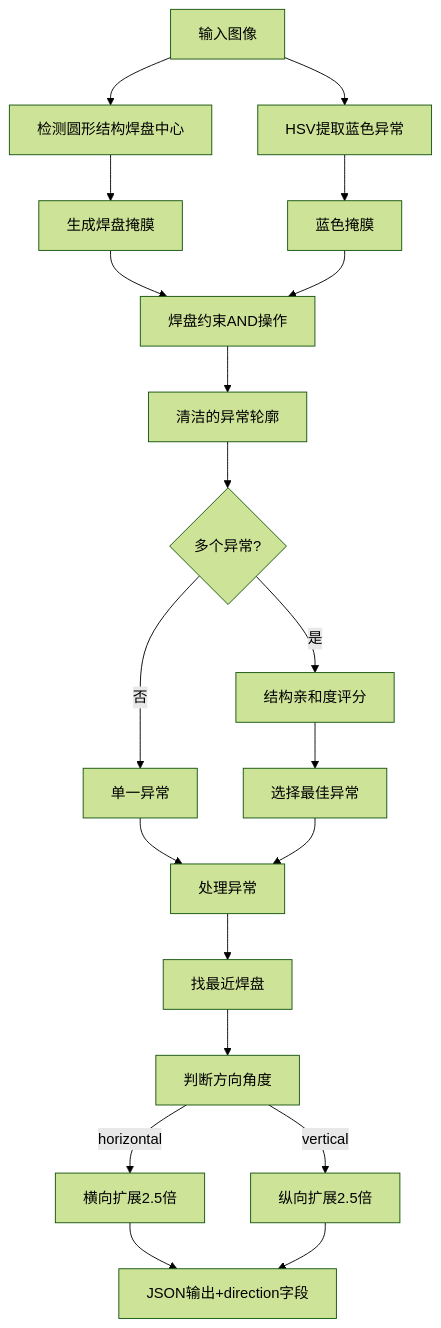
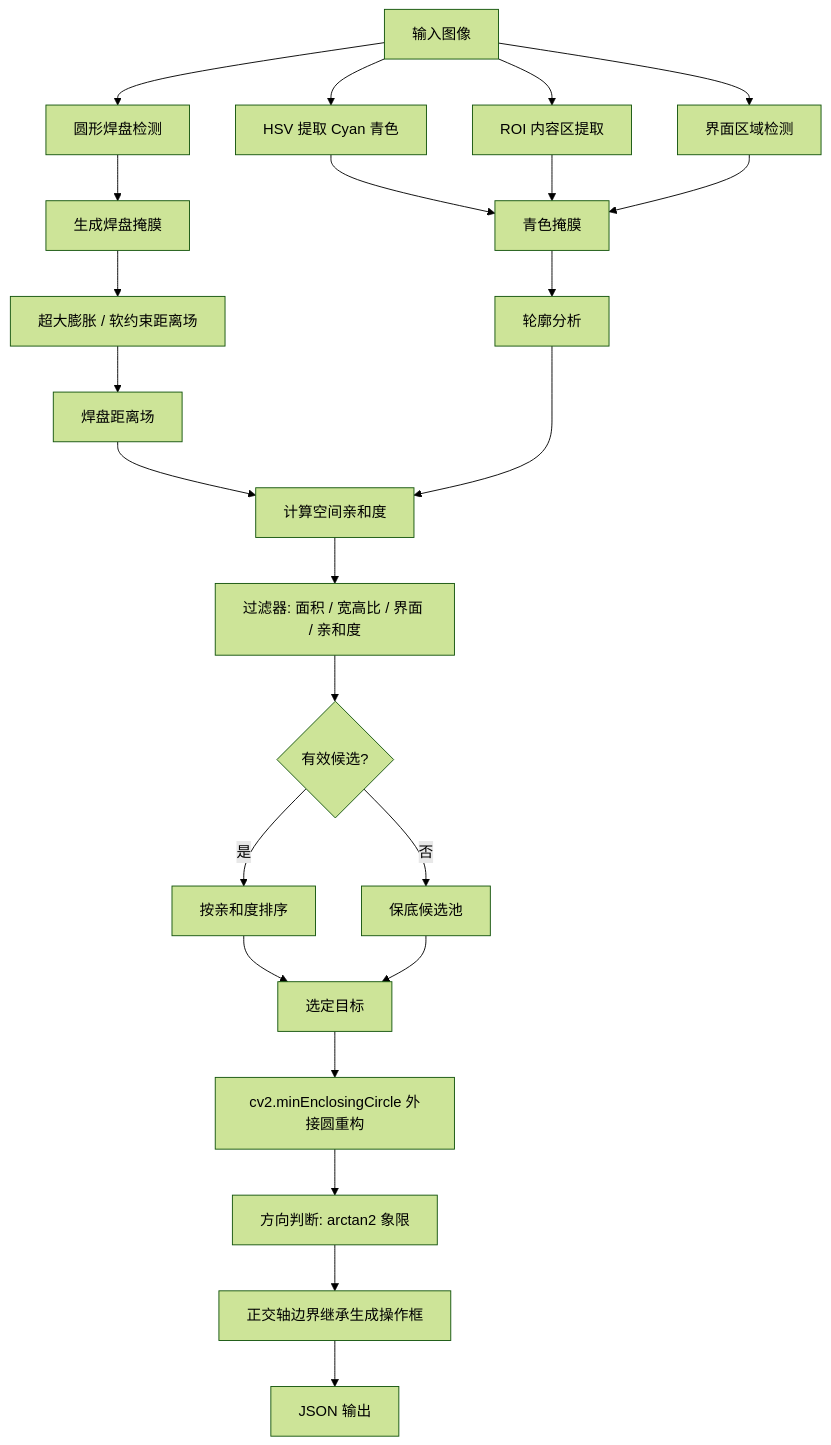
One commit to zzz0627/CAM-Detection changed the diagram in README.md. Above: the diagram before and after it, drawn with Mermaid (forest theme). The commit also changed other lines of this file and 608 other files, not shown here.

````diff
--- a/README.md
+++ b/README.md
@@ -156,29 +146,33 @@
 ```mermaid
 graph TD
-    Input[输入图像] --> Detect[检测圆形结构焊盘中心]
-    Detect --> PadMask[生成焊盘掩膜]
-    Input --> HSV[HSV提取蓝色异常]
-    
-    HSV --> Blue[蓝色掩膜]
-    PadMask --> Constraint[焊盘约束AND操作]
-    Blue --> Constraint
-    
-    Constraint --> Clean[清洁的异常轮廓]
-    Clean --> Multi{多个异常?}
-    
-    Multi -->|是| Affinity[结构亲和度评分]
-    Multi -->|否| Single[单一异常]
-    
-    Affinity --> Best[选择最佳异常]
-    Single --> Process[处理异常]
-    Best --> Process
-    
-    Process --> FindPad[找最近焊盘]
-    FindPad --> Direction[判断方向角度]
-    
-    Direction -->|horizontal| H[横向扩展2.5倍]
-    Direction -->|vertical| V[纵向扩展2.5倍]
-    
-    H --> Output[JSON输出+direction字段]
-    V --> Output
+    Input[输入图像] --> Interface[界面区域检测]
+    Input --> ROI[ROI 内容区提取]
+    Input --> Pad[圆形焊盘检测]
+
+    Pad --> PadMask[生成焊盘掩膜]
+    PadMask --> SoftPad[超大膨胀 / 软约束距离场]
+
+    Input --> HSV[HSV 提取 Cyan 青色]
+    HSV --> CyanMask[青色掩膜]
+    ROI --> CyanMask
+    Interface --> CyanMask
+
+    CyanMask --> Contours[轮廓分析]
+    SoftPad --> DistMap[焊盘距离场]
+    DistMap --> Affinity[计算空间亲和度]
+    Contours --> Affinity
+
+    Affinity --> Filter[过滤器: 面积 / 宽高比 / 界面 / 亲和度]
+    Filter --> Valid{有效候选?}
+
+    Valid -->|是| Rank[按亲和度排序]
+    Valid -->|否| Fallback[保底候选池]
+
+    Rank --> Selected[选定目标]
+    Fallback --> Selected
+
+    Selected --> Circle[cv2.minEnclosingCircle 外接圆重构]
+    Circle --> Direction[方向判断: arctan2 象限]
+    Direction --> Box[正交轴边界继承生成操作框]
+    Box --> Output[JSON 输出]
 ```
````
